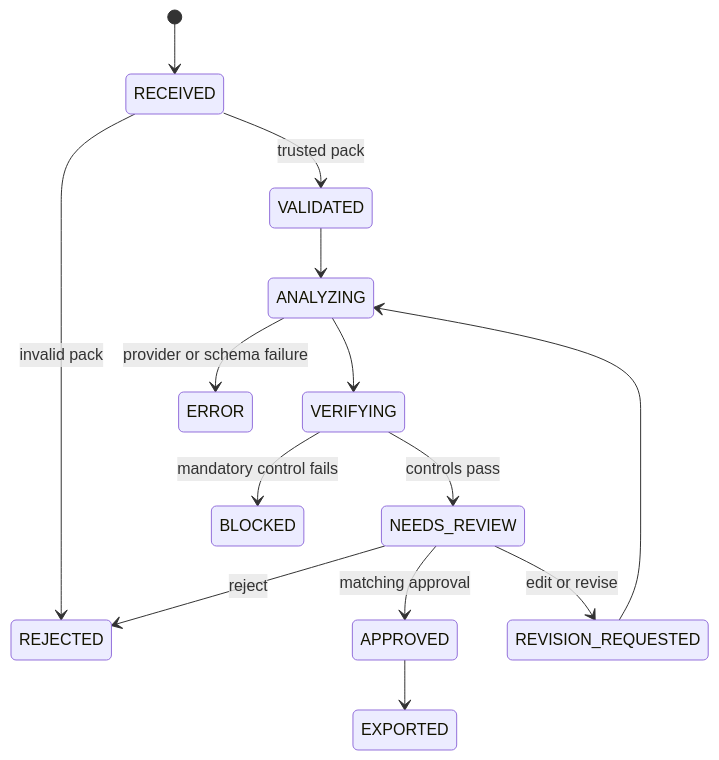
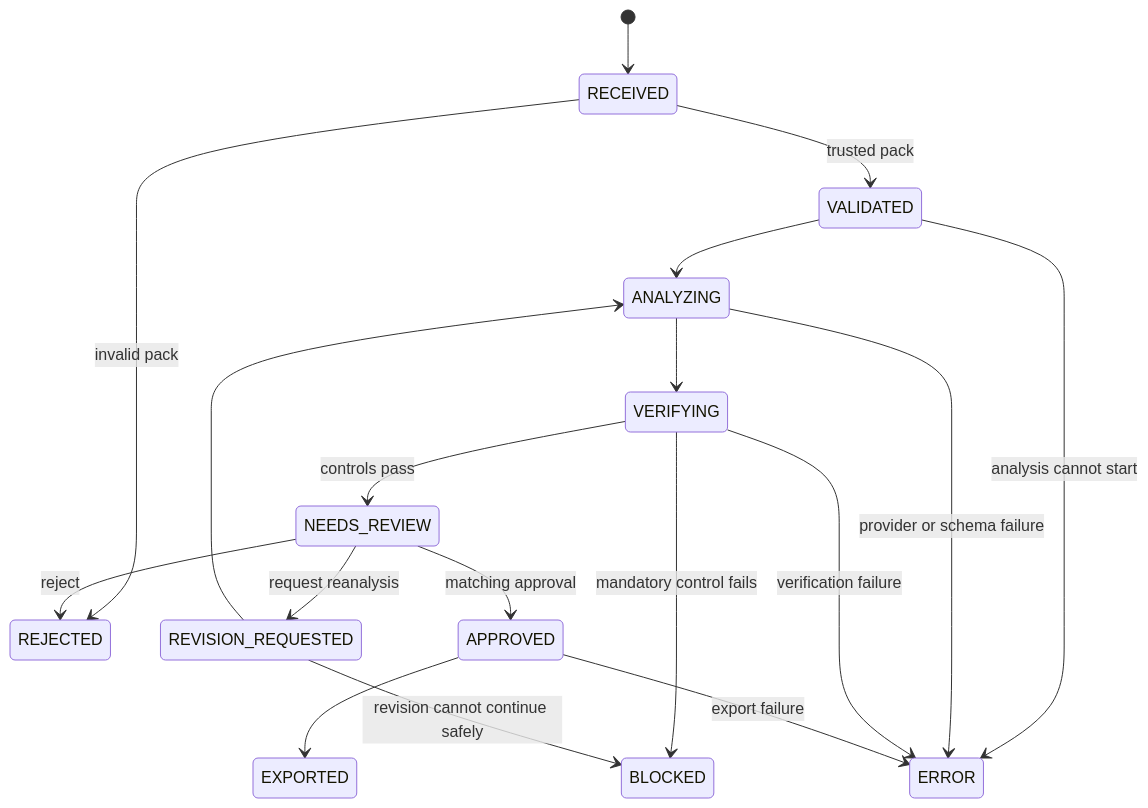
The diagram in docs/03-agent-design/workflow-and-states.md (DameurMounir/requirements-quality-agent), drawn with Mermaid before and after one commit. The commit also changed other lines of this file and 57 other files, not shown here.

````diff
--- a/docs/03-agent-design/workflow-and-states.md
+++ b/docs/03-agent-design/workflow-and-states.md
@@ -3,16 +3,20 @@
 ```mermaid
 stateDiagram-v2
     [*] --> RECEIVED
     RECEIVED --> VALIDATED: trusted pack
     RECEIVED --> REJECTED: invalid pack
     VALIDATED --> ANALYZING
+    VALIDATED --> ERROR: analysis cannot start
     ANALYZING --> VERIFYING
     ANALYZING --> ERROR: provider or schema failure
     VERIFYING --> NEEDS_REVIEW: controls pass
     VERIFYING --> BLOCKED: mandatory control fails
+    VERIFYING --> ERROR: verification failure
     NEEDS_REVIEW --> APPROVED: matching approval
-    NEEDS_REVIEW --> REVISION_REQUESTED: edit or revise
+    NEEDS_REVIEW --> REVISION_REQUESTED: request reanalysis
     NEEDS_REVIEW --> REJECTED: reject
     REVISION_REQUESTED --> ANALYZING
+    REVISION_REQUESTED --> BLOCKED: revision cannot continue safely
     APPROVED --> EXPORTED
+    APPROVED --> ERROR: export failure
 ```
````
